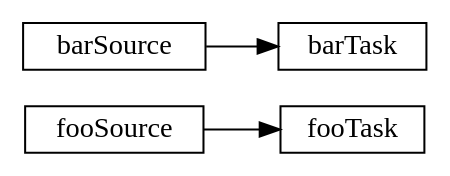
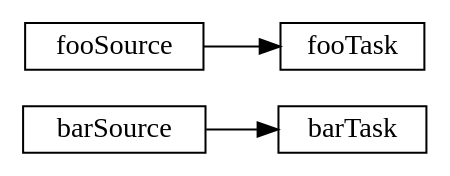
Before and after one commit to com-lihaoyi/mill: the first of 7 diagrams in website/blog/modules/ROOT/pages/10-bytecode-analysis.adoc, drawn with Graphviz. The commit also changed other lines of this file, not shown here.

````diff
--- a/website/blog/modules/ROOT/pages/10-bytecode-analysis.adoc
+++ b/website/blog/modules/ROOT/pages/10-bytecode-analysis.adoc
@@ -50,8 +49,8 @@
 ```graphviz
 digraph G {
   rankdir=LR
   node [shape=box width=0 height=0]
+  barSource -> barTask
   fooSource -> fooTask
-  barSource -> barTask
 }
 ```
````
